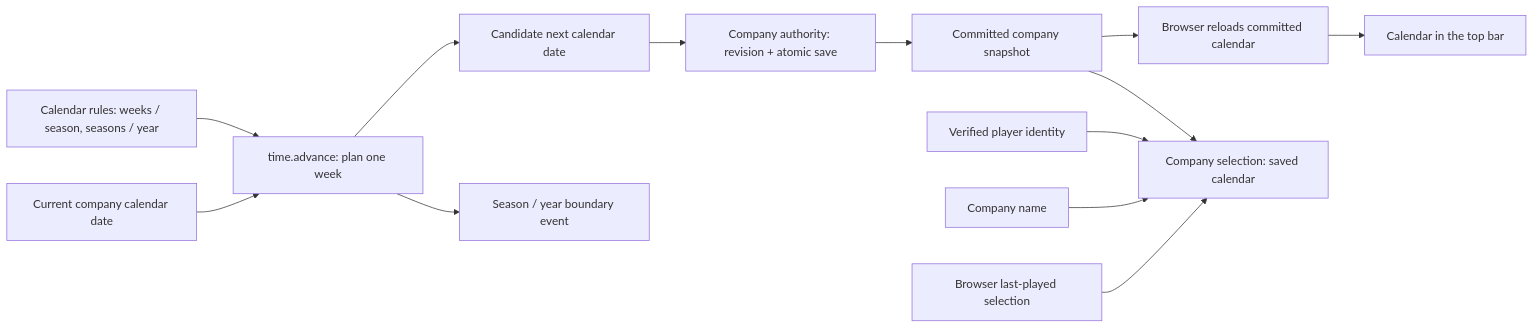
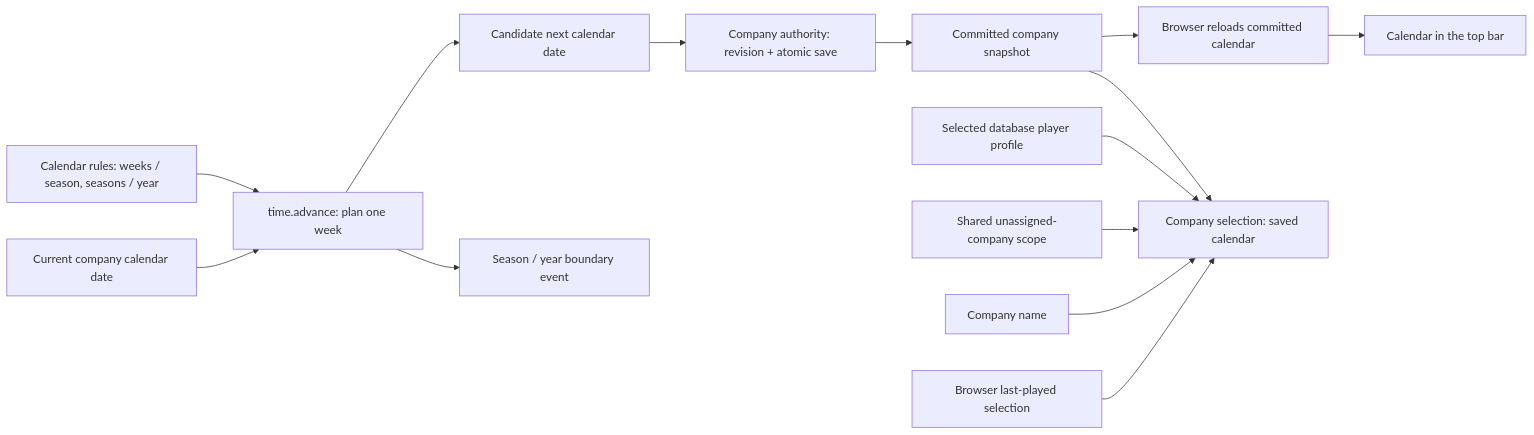
The diagram in docs/WorkingDocs/VariableRelationshipMap.md (gram12321/winemaker05), drawn with Mermaid before and after one commit. The commit also changed other lines of this file and 26 other files, not shown here.

````diff
--- a/docs/WorkingDocs/VariableRelationshipMap.md
+++ b/docs/WorkingDocs/VariableRelationshipMap.md
@@ -18,15 +18,16 @@
 ```mermaid
 flowchart LR
   RULES["Calendar rules: weeks / season, seasons / year"] --> ADVANCE["time.advance: plan one week"]
   DATE["Current company calendar date"] --> ADVANCE
   ADVANCE --> NEXT["Candidate next calendar date"]
   ADVANCE --> BOUNDARY["Season / year boundary event"]
   NEXT --> COMMIT["Company authority: revision + atomic save"]
   COMMIT --> SNAPSHOT["Committed company snapshot"]
   SNAPSHOT --> CLIENT["Browser reloads committed calendar"]
   CLIENT --> VIEW["Calendar in the top bar"]
   SNAPSHOT --> LIST["Company selection: saved calendar"]
-  OWNER["Verified player identity"] --> LIST
+  OWNER["Selected database player profile"] --> LIST
+  UNASSIGNED["Shared unassigned-company scope"] --> LIST
   NAME["Company name"] --> LIST
   LOCAL["Browser last-played selection"] --> LIST
 ```
````
